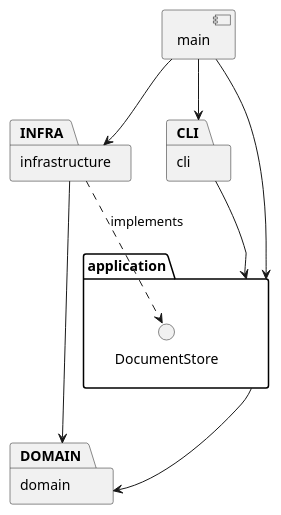
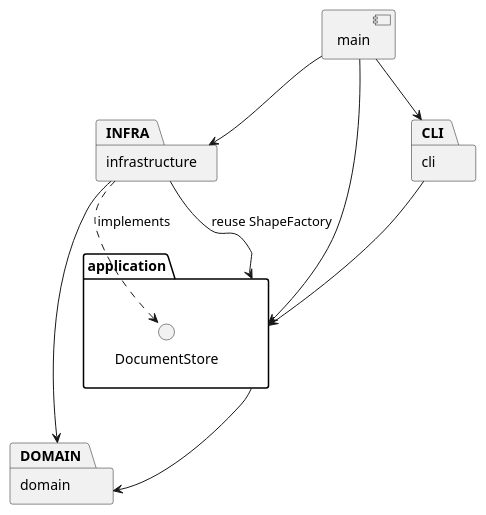
The diagram in doc/README.md (classgao/svg-editor-lab1), drawn with PlantUML before and after one commit. The commit also changed other lines of this file and 6 other files, not shown here.

````diff
--- a/doc/README.md
+++ b/doc/README.md
@@ -22,18 +47,19 @@
 ```plantuml
 @startuml
 package "cli" as CLI
 package "application" as APP {
   interface "DocumentStore" as STORE
 }
 package "domain" as DOMAIN
 package "infrastructure" as INFRA
 component "main" as MAIN
 CLI --> APP
 APP --> DOMAIN
 INFRA ..> STORE : implements
+INFRA --> APP : reuse ShapeFactory
 INFRA --> DOMAIN
 MAIN --> CLI
 MAIN --> APP
 MAIN --> INFRA
 @enduml
 ```
````
